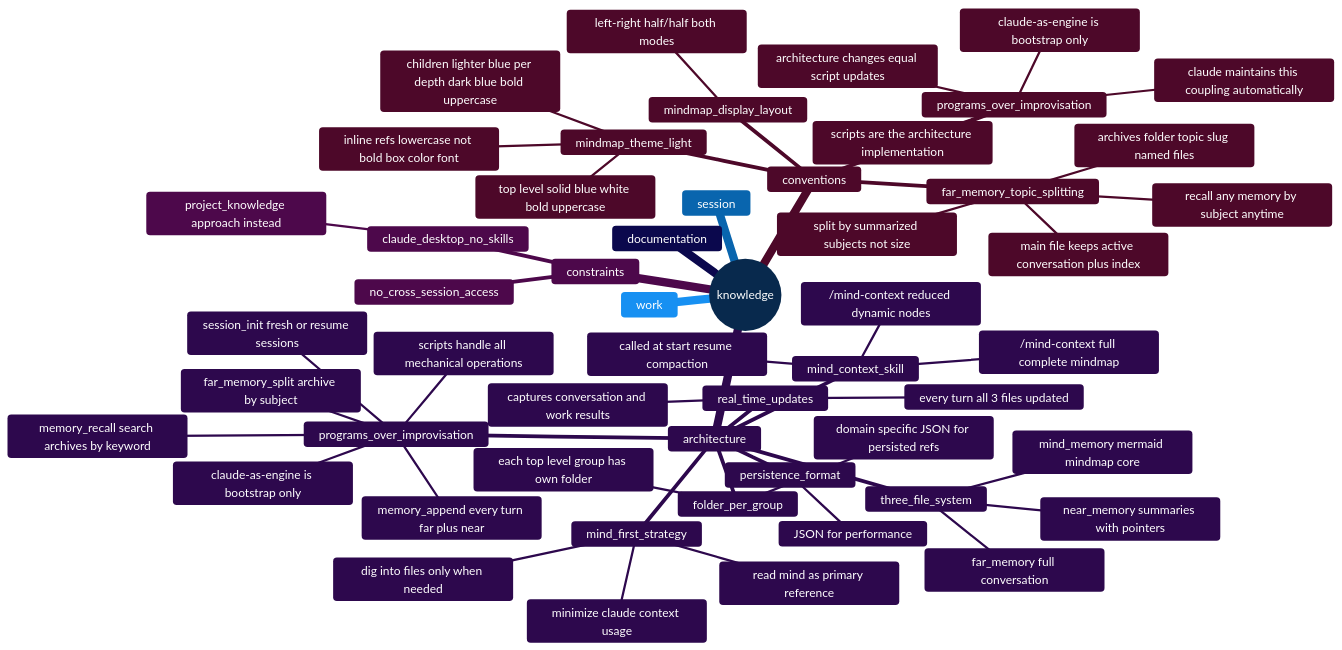
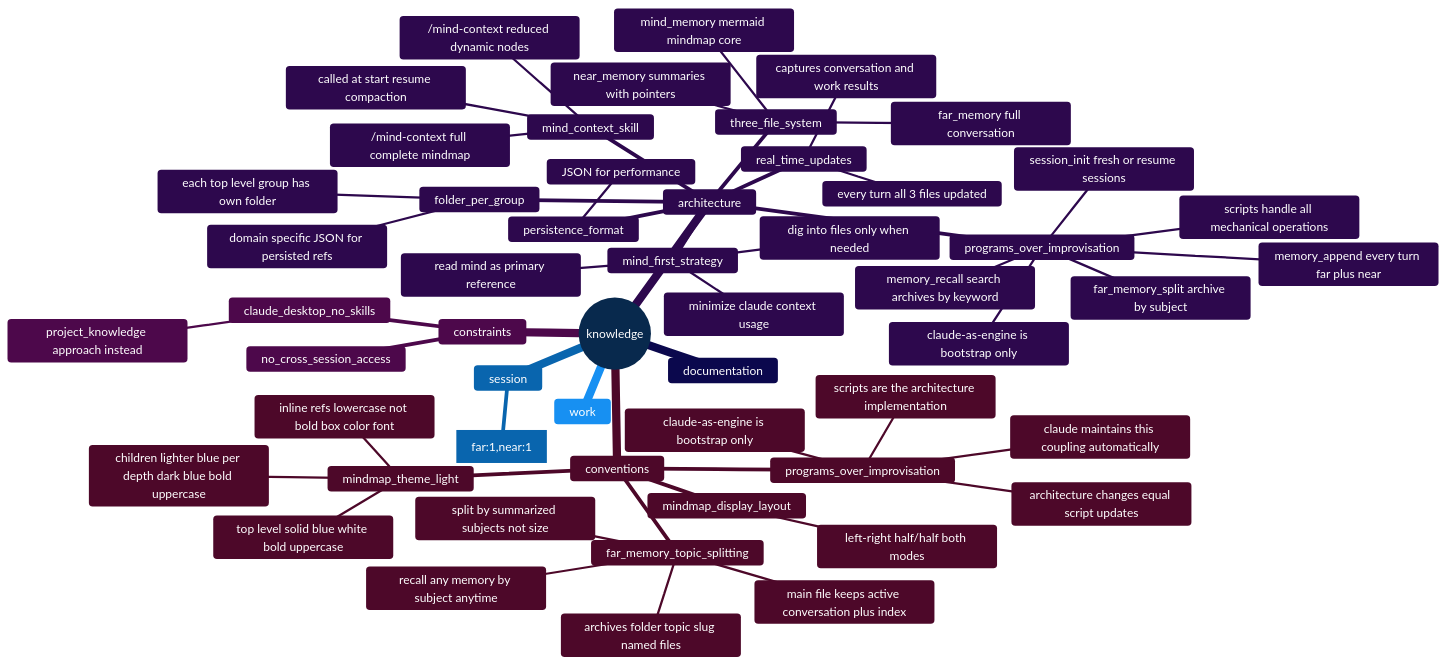
One commit to packetqc/K_DOCS changed the diagram in mind/mind_memory.md. Above: the diagram before and after it, drawn with Mermaid.

Commit message:
fix: add session child node to mindmap for current session
Session node was empty leaf — now tracks current session context
with far/near memory pointers.

https://claude.ai/code/session_017qS51CE797YyHH3QSr6iS7

````diff
--- a/mind/mind_memory.md
+++ b/mind/mind_memory.md
@@ -1,57 +1,58 @@
 ```mermaid
 %%{init: {'theme': 'base', 'themeVariables': { 'primaryColor': '#1565C0', 'primaryTextColor': '#FFFFFF', 'primaryBorderColor': '#0D47A1', 'secondaryColor': '#42A5F5', 'secondaryTextColor': '#0D47A1', 'tertiaryColor': '#90CAF9', 'tertiaryTextColor': '#0D47A1', 'noteBkgColor': '#BBDEFB', 'noteTextColor': '#0D47A1' }}}%%
 mindmap
   root((knowledge))
     session
+      c7919903 session start [far:1,near:1]
     work
     documentation
     architecture
       persistence_format
         JSON for performance
       three_file_system
         far_memory full conversation
         near_memory summaries with pointers
         mind_memory mermaid mindmap core
       mind_first_strategy
         read mind as primary reference
         dig into files only when needed
         minimize claude context usage
       real_time_updates
         every turn all 3 files updated
         captures conversation and work results
       folder_per_group
         each top level group has own folder
         domain specific JSON for persisted refs
       mind_context_skill
         /mind-context reduced dynamic nodes
         /mind-context full complete mindmap
         called at start resume compaction
       programs_over_improvisation
         claude-as-engine is bootstrap only
         scripts handle all mechanical operations
         memory_append every turn far plus near
         far_memory_split archive by subject
         memory_recall search archives by keyword
         session_init fresh or resume sessions
     constraints
       no_cross_session_access
       claude_desktop_no_skills
         project_knowledge approach instead
     conventions
       mindmap_display_layout
         left-right half/half both modes
       mindmap_theme_light
         top level solid blue white bold uppercase
         children lighter blue per depth dark blue bold uppercase
         inline refs lowercase not bold box color font
       far_memory_topic_splitting
         split by summarized subjects not size
         archives folder topic slug named files
         main file keeps active conversation plus index
         recall any memory by subject anytime
       programs_over_improvisation
         claude-as-engine is bootstrap only
         scripts are the architecture implementation
         architecture changes equal script updates
         claude maintains this coupling automatically
 ```
````
